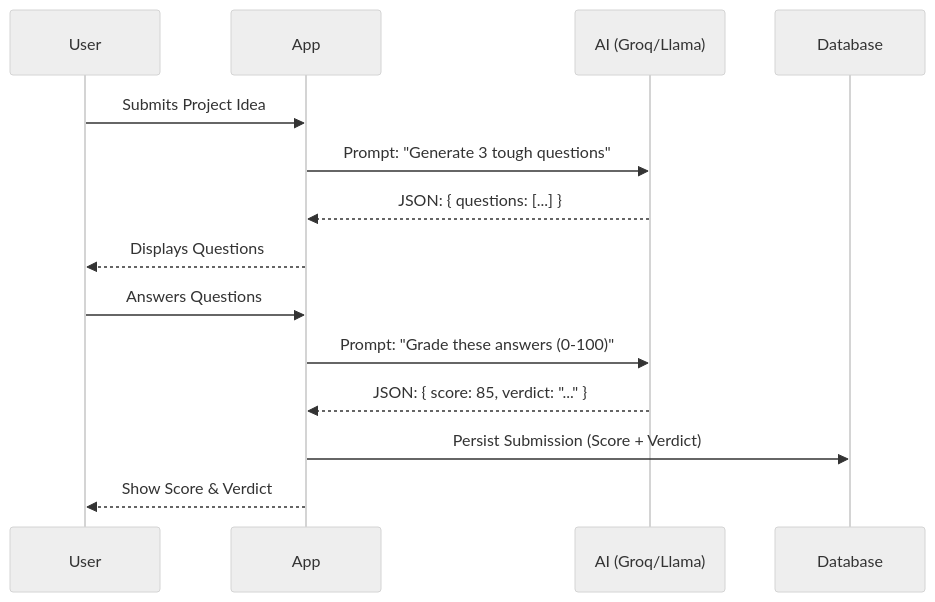
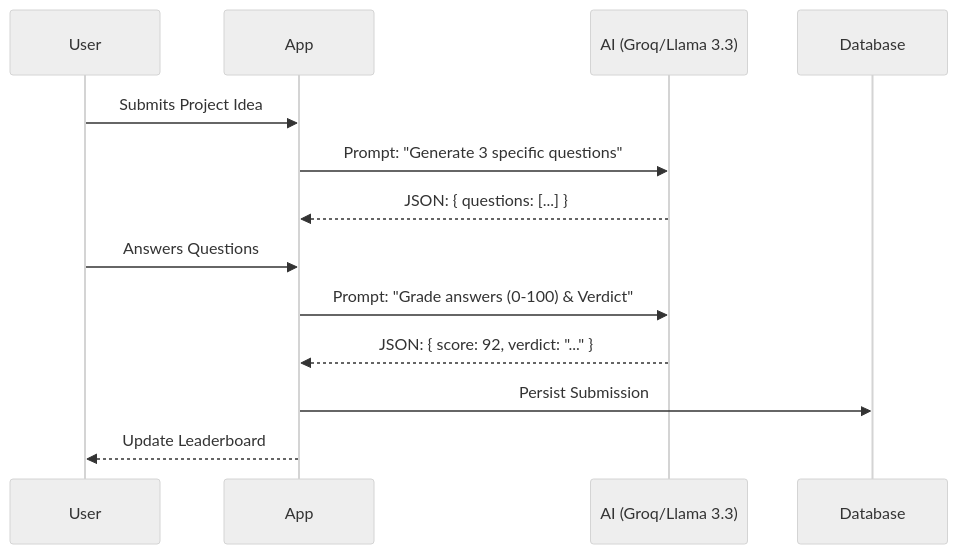
The second of 2 diagrams in DEMO.md (sina83-max/TeamSync-AI), drawn with Mermaid (neutral theme) before and after one commit. The commit also changed other lines of this file, not shown here.

````diff
--- a/DEMO.md
+++ b/DEMO.md
@@ -44,19 +47,18 @@
 ```mermaid
 sequenceDiagram
     participant User
     participant App
-    participant AI as AI (Groq/Llama)
+    participant AI as AI (Groq/Llama 3.3)
     participant DB as Database
 
     User->>App: Submits Project Idea
-    App->>AI: Prompt: "Generate 3 tough questions"
+    App->>AI: Prompt: "Generate 3 specific questions"
     AI-->>App: JSON: { questions: [...] }
-    App-->>User: Displays Questions
     
     User->>App: Answers Questions
-    App->>AI: Prompt: "Grade these answers (0-100)"
-    AI-->>App: JSON: { score: 85, verdict: "..." }
+    App->>AI: Prompt: "Grade answers (0-100) & Verdict"
+    AI-->>App: JSON: { score: 92, verdict: "..." }
     
-    App->>DB: Persist Submission (Score + Verdict)
-    App-->>User: Show Score & Verdict
+    App->>DB: Persist Submission
+    App-->>User: Update Leaderboard
 ```
````
